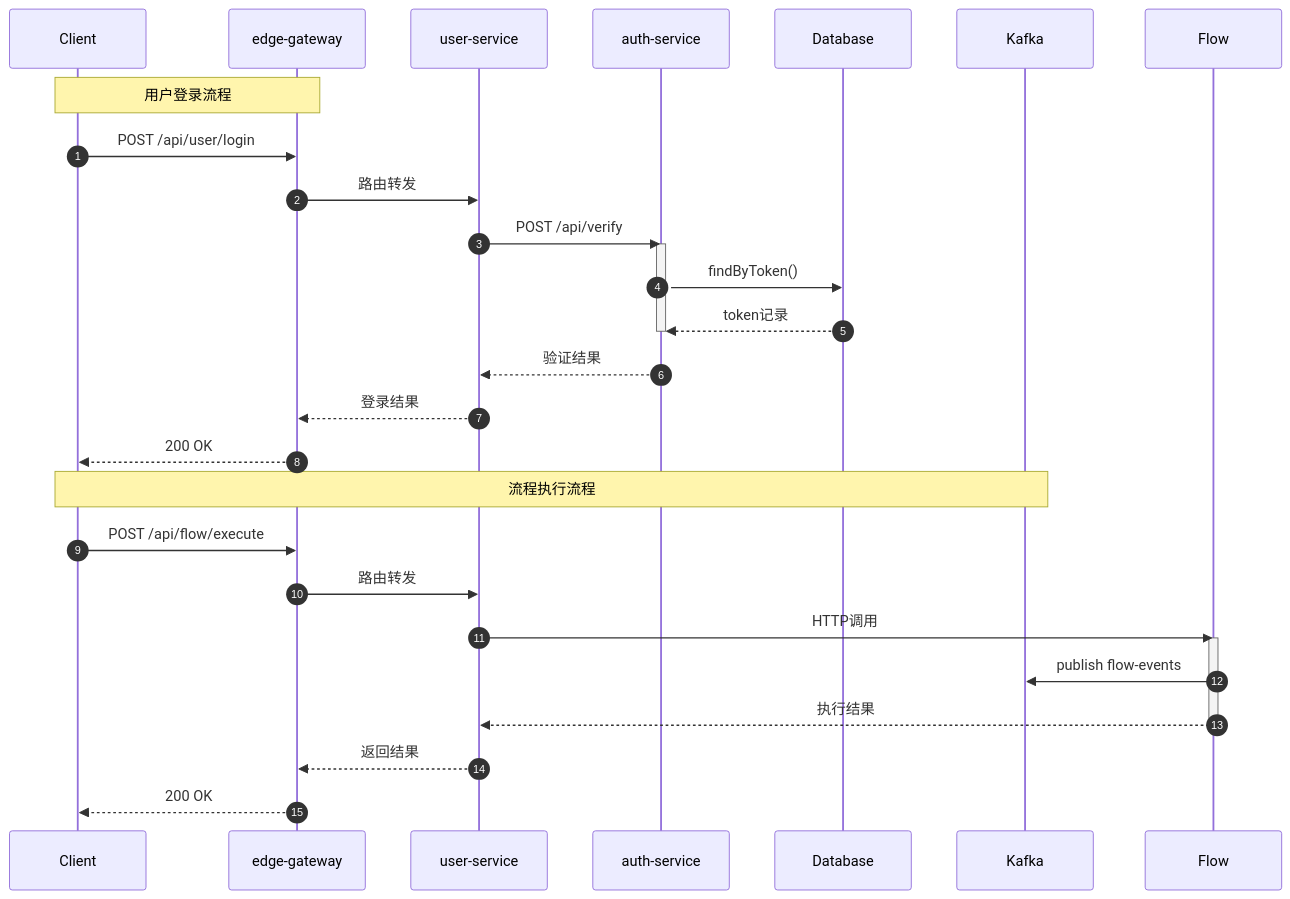
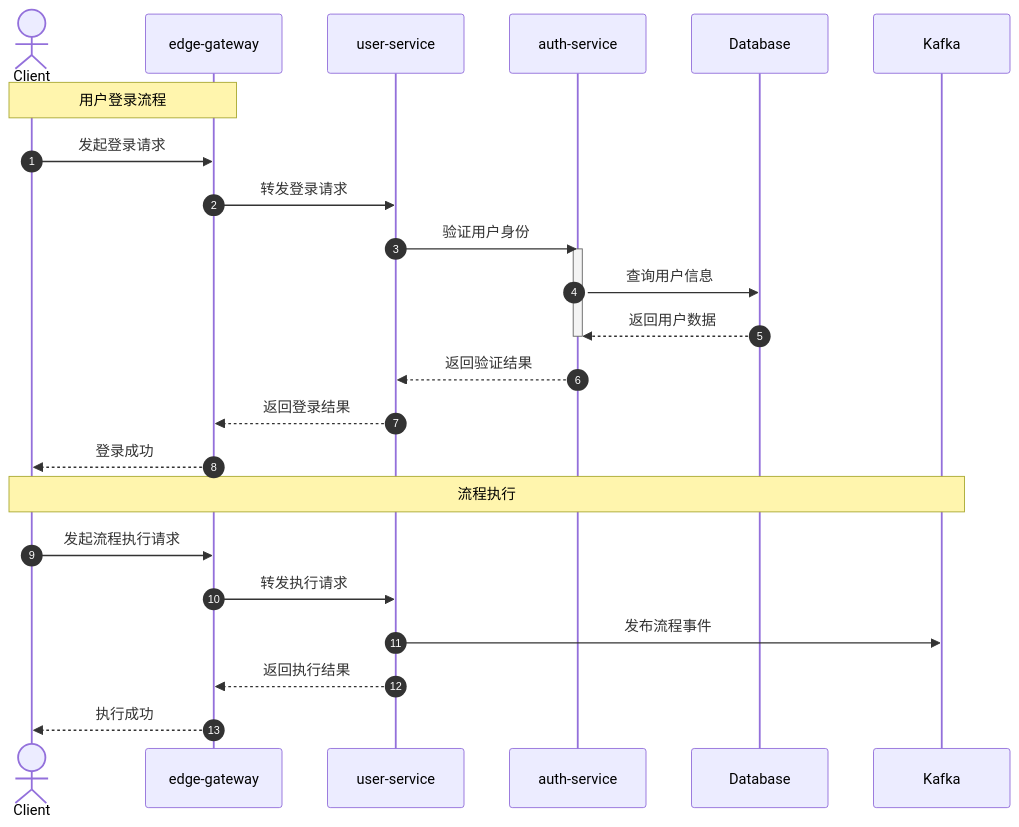
One commit to yves960/flow-trace changed the third of 4 diagrams in SKILL.md. Above: the diagram before and after it, drawn with Mermaid. The commit also changed other lines of this file, not shown here.

First line of the commit message:
feat: 时序图使用业务描述而非技术细节

````diff
--- a/SKILL.md
+++ b/SKILL.md
@@ -633,33 +643,29 @@
 ```mermaid
 sequenceDiagram
     autonumber
-    participant Client
-    participant GW as edge-gateway
-    participant User as user-service
-    participant Auth as auth-service
-    participant DB as Database
-    participant MQ as Kafka
+    actor 用户 as Client
+    participant 网关 as edge-gateway
+    participant 用户服务 as user-service
+    participant 认证服务 as auth-service
+    participant 数据库 as Database
+    participant 消息队列 as Kafka
 
-    Note over Client,GW: 用户登录流程
-    Client->>GW: POST /api/user/login
-    GW->>User: 路由转发
-    User->>Auth: POST /api/verify
-    activate Auth
-    Auth->>DB: findByToken()
-    DB-->>Auth: token记录
-    deactivate Auth
-    Auth-->>User: 验证结果
-    User-->>GW: 登录结果
-    GW-->>Client: 200 OK
+    Note over 用户,网关: 用户登录流程
+    用户->>网关: 发起登录请求
+    网关->>用户服务: 转发登录请求
+    用户服务->>认证服务: 验证用户身份
+    activate 认证服务
+    认证服务->>数据库: 查询用户信息
+    数据库-->>认证服务: 返回用户数据
+    deactivate 认证服务
+    认证服务-->>用户服务: 返回验证结果
+    用户服务-->>网关: 返回登录结果
+    网关-->>用户: 登录成功
 
-    Note over Client,MQ: 流程执行流程
-    Client->>GW: POST /api/flow/execute
-    GW->>User: 路由转发
-    User->>Flow: HTTP调用
-    activate Flow
-    Flow->>MQ: publish flow-events
-    Flow-->>User: 执行结果
-    deactivate Flow
-    User-->>GW: 返回结果
-    GW-->>Client: 200 OK
+    Note over 用户,消息队列: 流程执行
+    用户->>网关: 发起流程执行请求
+    网关->>用户服务: 转发执行请求
+    用户服务->>消息队列: 发布流程事件
+    用户服务-->>网关: 返回执行结果
+    网关-->>用户: 执行成功
 ```
````
